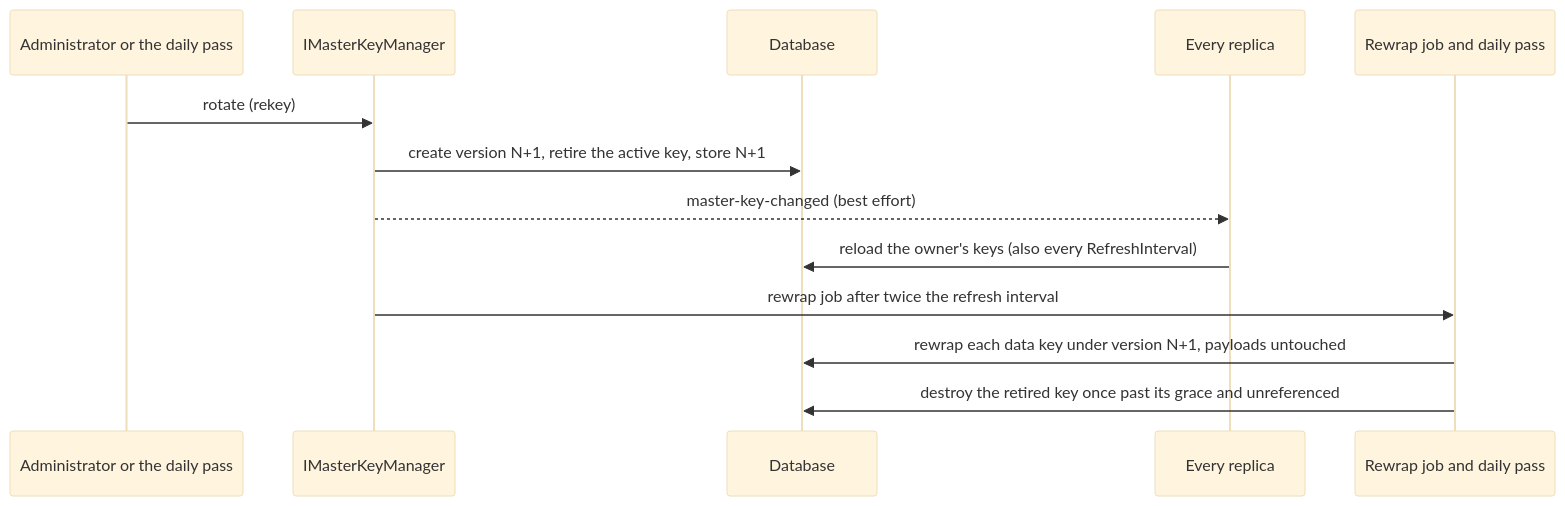
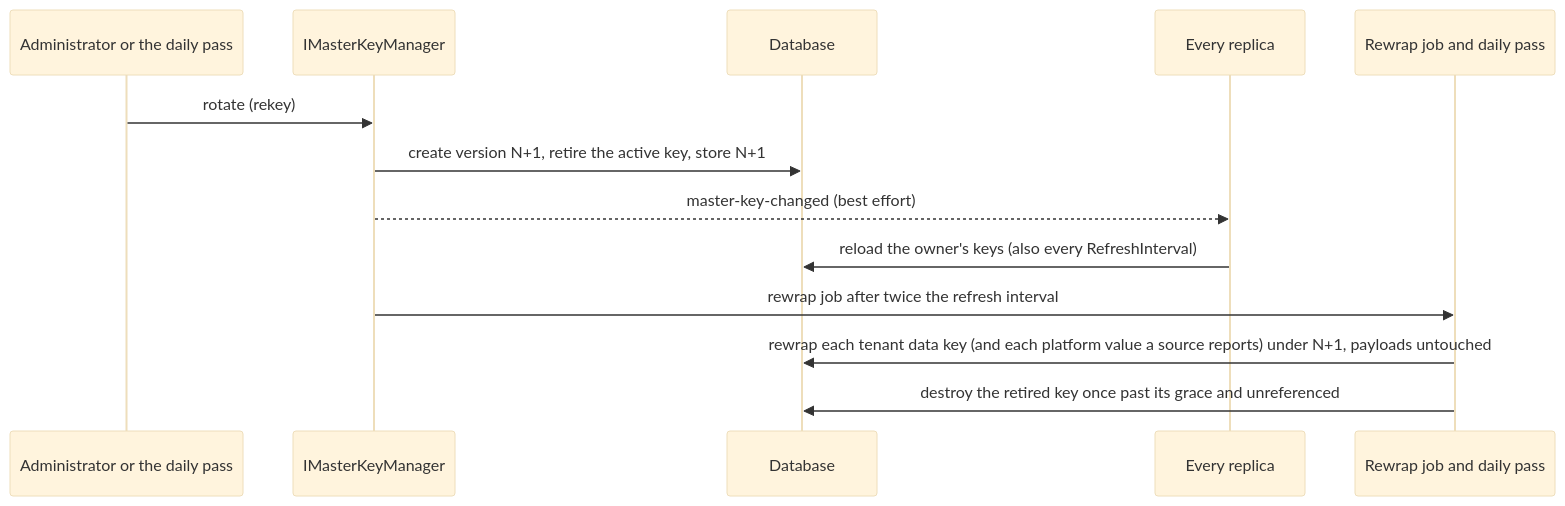
The third of 3 diagrams in docs/capabilities/encryption-at-rest.md (NCodeGroup/Identity), drawn with Mermaid (base theme) before and after one commit. The commit also changed other lines of this file and 585 other files, not shown here.

````diff
--- a/docs/capabilities/encryption-at-rest.md
+++ b/docs/capabilities/encryption-at-rest.md
@@ -298,15 +303,15 @@
 ```mermaid
 sequenceDiagram
     participant A as Administrator or the daily pass
     participant M as IMasterKeyManager
     participant DB as Database
     participant R as Every replica
     participant J as Rewrap job and daily pass
     A->>M: rotate (rekey)
     M->>DB: create version N+1, retire the active key, store N+1
     M-->>R: master-key-changed (best effort)
     R->>DB: reload the owner's keys (also every RefreshInterval)
     M->>J: rewrap job after twice the refresh interval
-    J->>DB: rewrap each data key under version N+1, payloads untouched
+    J->>DB: rewrap each tenant data key (and each platform value a source reports) under N+1, payloads untouched
     J->>DB: destroy the retired key once past its grace and unreferenced
 ```
````
